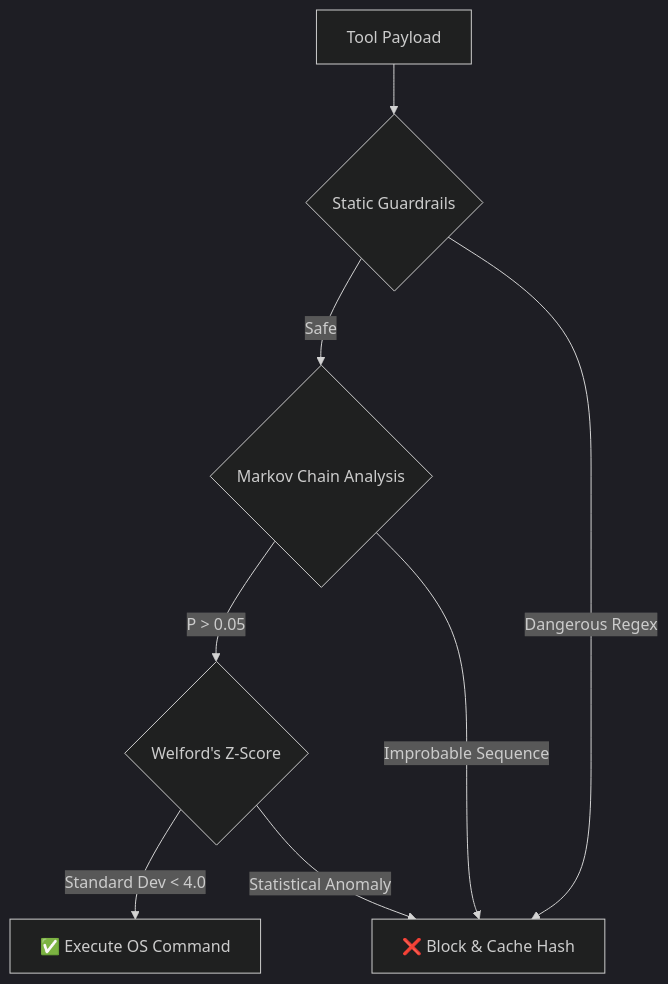
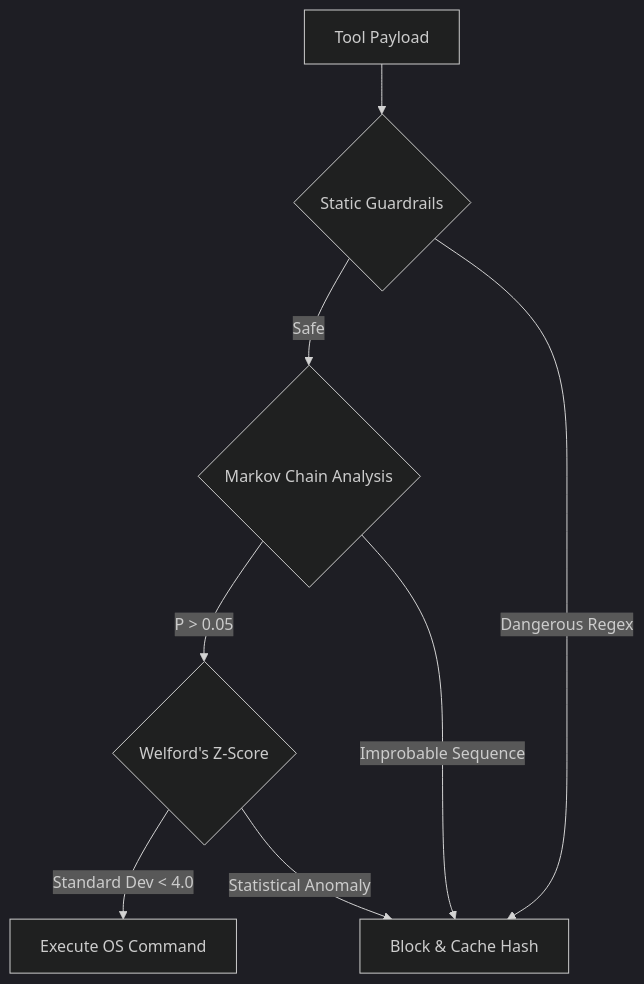
Before and after one commit to ojaswi1234/Voila_Voice: the third of 3 diagrams in README.md, drawn with Mermaid (dark theme). The commit also changed other lines of this file, not shown here.

Commit message:
fix: strip emojis from mermaid flowcharts to resolve github parsing errors

````diff
--- a/README.md
+++ b/README.md
@@ -63,12 +63,12 @@
 ```mermaid
 flowchart TD
     Req[Tool Payload] --> Static{Static Guardrails}
     Static -- Safe --> Markov{Markov Chain Analysis}
-    Static -- Dangerous Regex --> Cache[❌ Block & Cache Hash]
+    Static -- Dangerous Regex --> Cache[ Block & Cache Hash]
     
     Markov -- P > 0.05 --> ZScore{Welford's Z-Score}
     Markov -- Improbable Sequence --> Cache
     
-    ZScore -- Standard Dev < 4.0 --> Exec[✅ Execute OS Command]
+    ZScore -- Standard Dev < 4.0 --> Exec[ Execute OS Command]
     ZScore -- Statistical Anomaly --> Cache
 ```
````
